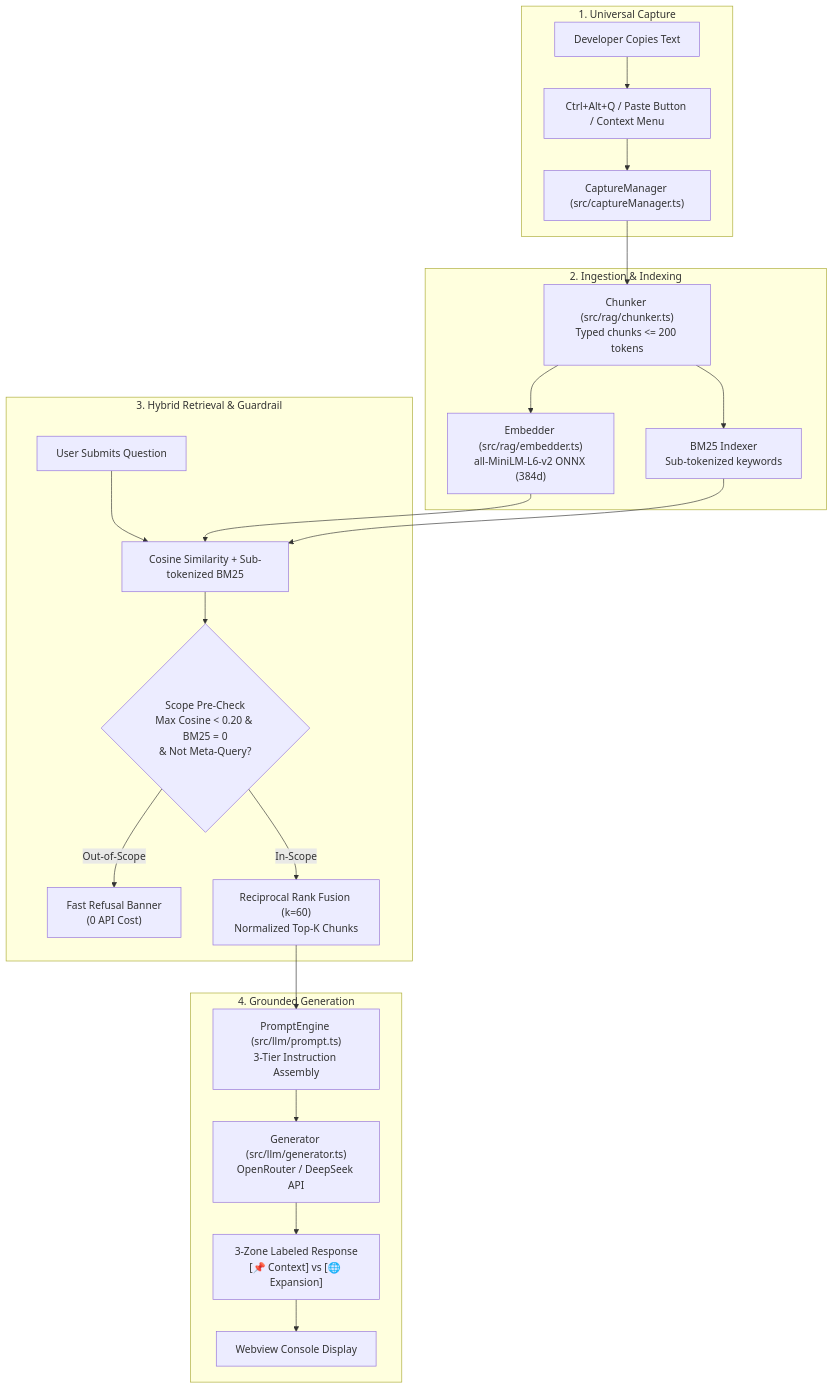
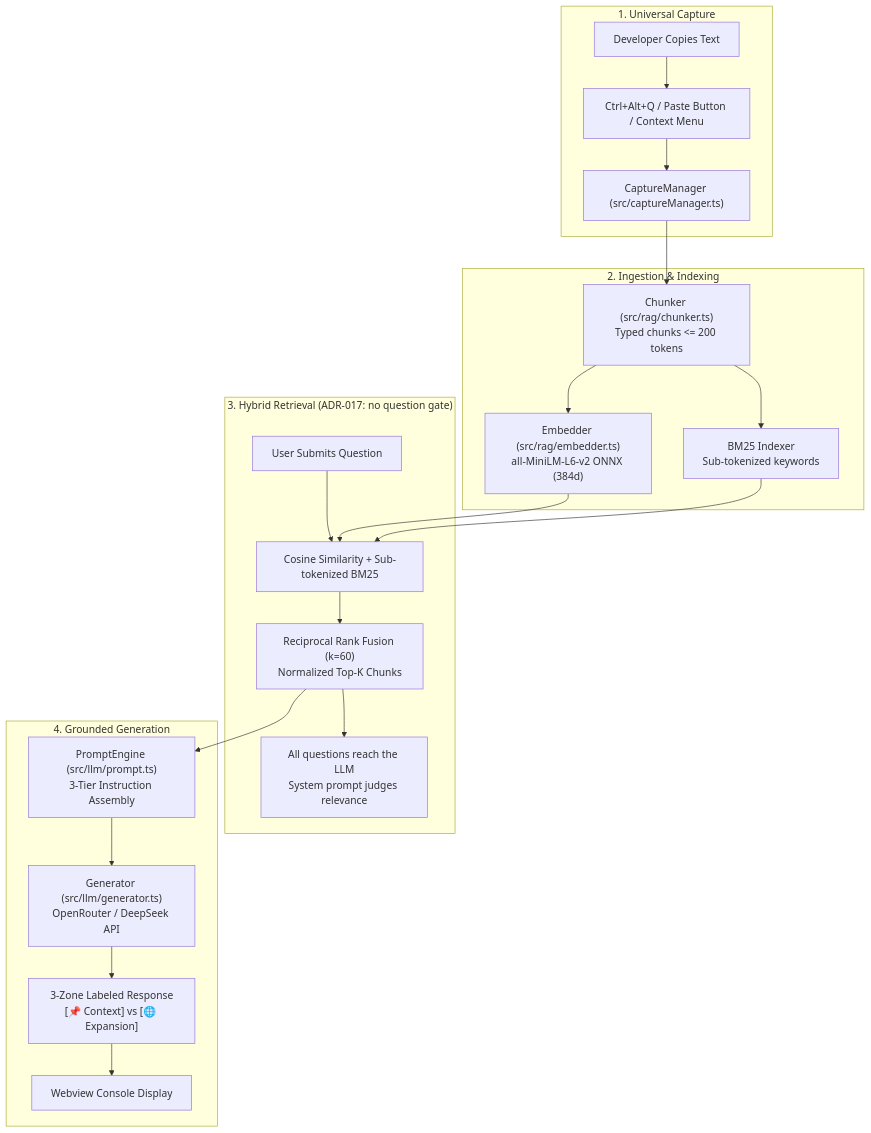
The first of 2 diagrams in docs/flow.md (abhishek3059/Agentic-chat-QA-bot), drawn with Mermaid before and after one commit. The commit also changed other lines of this file and 39 other files, not shown here.

````diff
--- a/docs/flow.md
+++ b/docs/flow.md
@@ -12,28 +12,27 @@
 ```mermaid
 flowchart TD
     subgraph S1 ["1. Universal Capture"]
         A["Developer Copies Text"] --> B["Ctrl+Alt+Q / Paste Button / Context Menu"]
         B --> C["CaptureManager (src/captureManager.ts)"]
     end
 
     subgraph S2 ["2. Ingestion & Indexing"]
         C --> D["Chunker (src/rag/chunker.ts)<br/>Typed chunks <= 200 tokens"]
         D --> E["Embedder (src/rag/embedder.ts)<br/>all-MiniLM-L6-v2 ONNX (384d)"]
         D --> F["BM25 Indexer<br/>Sub-tokenized keywords"]
     end
 
-    subgraph S3 ["3. Hybrid Retrieval & Guardrail"]
+    subgraph S3 ["3. Hybrid Retrieval (ADR-017: no question gate)"]
         G["User Submits Question"] --> H["Cosine Similarity + Sub-tokenized BM25"]
         E & F --> H
-        H --> I{"Scope Pre-Check<br/>Max Cosine < 0.20 & BM25 = 0<br/>& Not Meta-Query?"}
-        I -- Out-of-Scope --> J["Fast Refusal Banner<br/>(0 API Cost)"]
-        I -- In-Scope --> K["Reciprocal Rank Fusion (k=60)<br/>Normalized Top-K Chunks"]
+        H --> K["Reciprocal Rank Fusion (k=60)<br/>Normalized Top-K Chunks"]
+        K --> K2["All questions reach the LLM<br/>System prompt judges relevance"]
     end
 
     subgraph S4 ["4. Grounded Generation"]
         K --> L["PromptEngine (src/llm/prompt.ts)<br/>3-Tier Instruction Assembly"]
         L --> M["Generator (src/llm/generator.ts)<br/>OpenRouter / DeepSeek API"]
         M --> N["3-Zone Labeled Response<br/>[📌 Context] vs [🌐 Expansion]"]
         N --> O["Webview Console Display"]
     end
 ```
````
